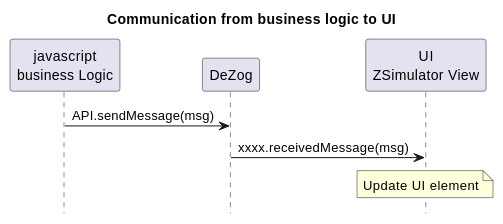
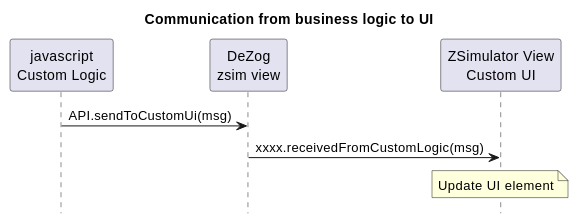
The fifth of 9 diagrams in documentation/zsimPeripherals.md (maziac/DeZog), drawn with PlantUML before and after one commit. The commit also changed other lines of this file and 1 other file, not shown here.

```diff
--- a/documentation/zsimPeripherals.md
+++ b/documentation/zsimPeripherals.md
@@ -249,11 +249,11 @@
 ~~~puml
 hide footbox
 title Communication from business logic to UI
-participant js as "javascript\nbusiness Logic"
-participant dezog as "DeZog"
-participant ui as "UI\nZSimulator View"
+participant js as "javascript\nCustom Logic"
+participant dezog as "DeZog\nzsim view"
+participant ui as "ZSimulator View\nCustom UI"
 
-js -> dezog: API.sendMessage(msg)
-dezog -> ui: xxxx.receivedMessage(msg)
+js -> dezog: API.sendToCustomUi(msg)
+dezog -> ui: xxxx.receivedFromCustomLogic(msg)
 note over ui: Update UI element
 ~~~
```
